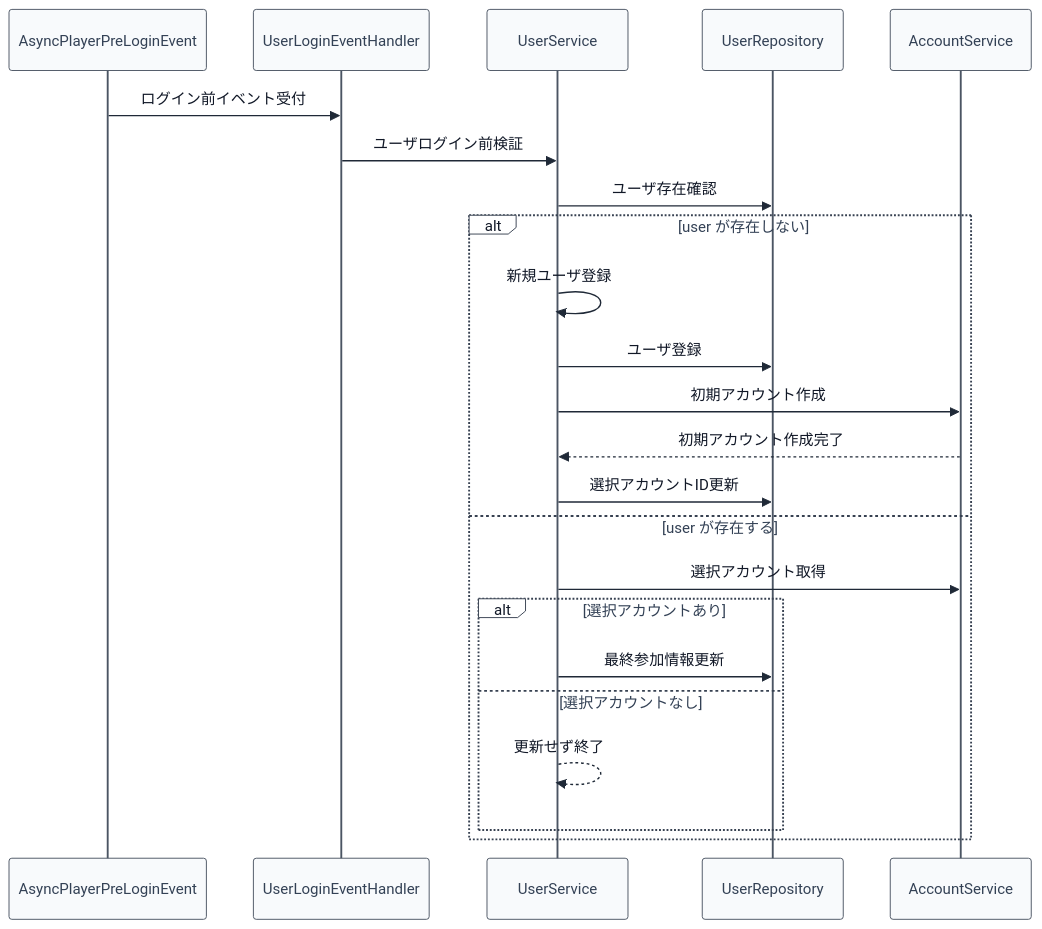
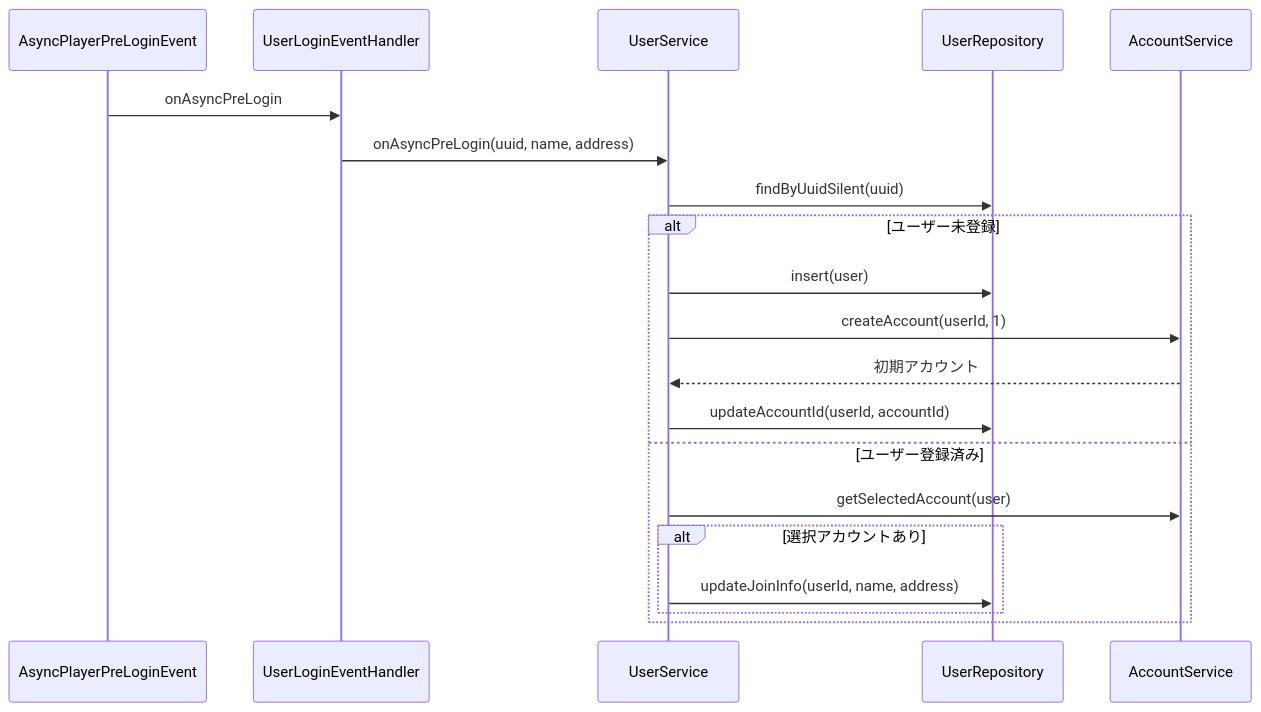
Before and after one commit to maaasu/AstralRecord-Workspace: the first of 2 diagrams in 00_docs/10_Plugin設計書/feature/01-user/4-統合フロー/01_4.00-統合フロー.md, drawn with Mermaid. The commit also changed other lines of this file and 288 other files, not shown here.

````diff
--- a/00_docs/10_Plugin設計書/feature/01-user/4-統合フロー/01_4.00-統合フロー.md
+++ b/00_docs/10_Plugin設計書/feature/01-user/4-統合フロー/01_4.00-統合フロー.md
@@ -5,41 +7,23 @@
 ```mermaid
-%%{init: {
-  "theme": "base",
-  "themeVariables": {
-    "lineColor": "#1f2937",
-    "signalColor": "#1f2937",
-    "signalTextColor": "#111827",
-    "actorBkg": "#f8fafc",
-    "actorBorder": "#4b5563",
-    "actorTextColor": "#334155",
-    "labelBoxBkgColor": "#ffffff",
-    "labelBoxBorderColor": "#374151",
-    "labelTextColor": "#111827"
-  }
-}}%%
 sequenceDiagram
     participant EVT as AsyncPlayerPreLoginEvent
     participant H as UserLoginEventHandler
     participant S as UserService
     participant UR as UserRepository
     participant AS as AccountService
 
-    EVT->>H: ログイン前イベント受付
-    H->>S: ユーザログイン前検証
-    S->>UR: ユーザ存在確認
-
-    alt user が存在しない
-        S->>S: 新規ユーザ登録
-        S->>UR: ユーザ登録
-        S->>AS: 初期アカウント作成
-        AS-->>S: 初期アカウント作成完了
-        S->>UR: 選択アカウントID更新
-    else user が存在する
-        S->>AS: 選択アカウント取得
+    EVT->>H: onAsyncPreLogin
+    H->>S: onAsyncPreLogin(uuid, name, address)
+    S->>UR: findByUuidSilent(uuid)
+    alt ユーザー未登録
+        S->>UR: insert(user)
+        S->>AS: createAccount(userId, 1)
+        AS-->>S: 初期アカウント
+        S->>UR: updateAccountId(userId, accountId)
+    else ユーザー登録済み
+        S->>AS: getSelectedAccount(user)
         alt 選択アカウントあり
-            S->>UR: 最終参加情報更新
-        else 選択アカウントなし
-            S-->>S: 更新せず終了
+            S->>UR: updateJoinInfo(userId, name, address)
         end
     end
 ```
````
